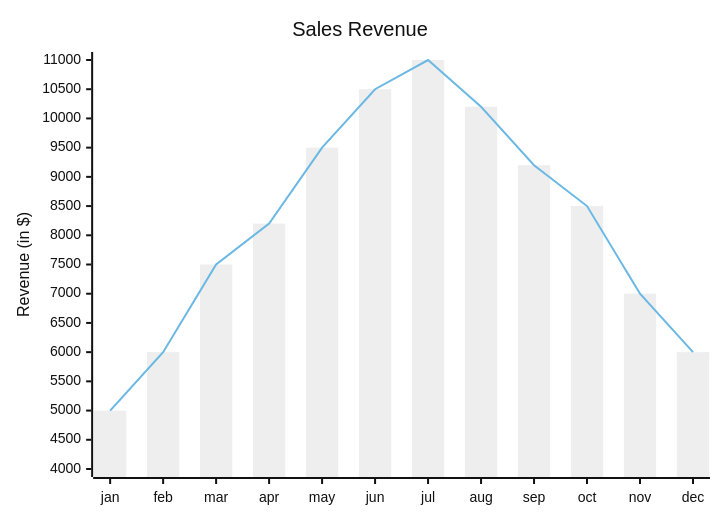
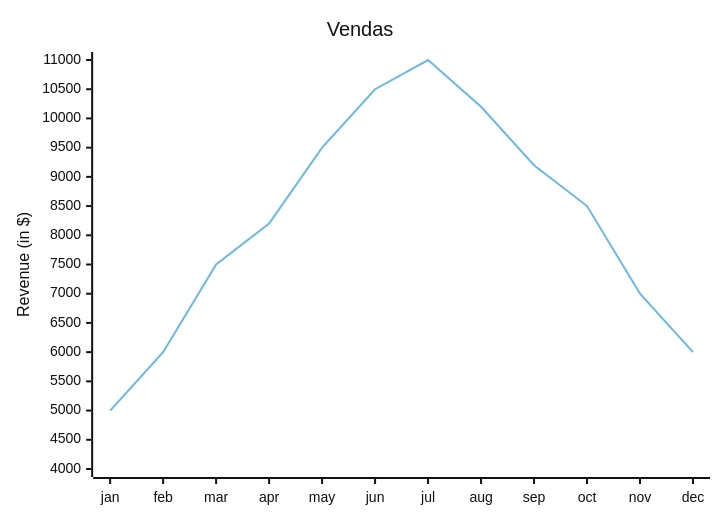
One commit to Jp12334-br/engsoft changed the diagram in README.md. Above: the diagram before and after it, drawn with Mermaid (neutral theme).

Commit message:
Update chart title and sales data in README

````diff
--- a/README.md
+++ b/README.md
@@ -7,9 +7,9 @@
 ```mermaid
   xychart
-    title "Sales Revenue"
+    title "Vendas"
     x-axis [jan, feb, mar, apr, may, jun, jul, aug, sep, oct, nov, dec]
     y-axis "Revenue (in $)" 4000 --> 11000
-    bar [5000, 6000, 7500, 8200, 9500, 10500, 11000, 10200, 9200, 8500, 7000, 6000]
+    bar [200, 300, 450, 200, 350, 342, 478, 580, 343, 232, 564, 233]
     line [5000, 6000, 7500, 8200, 9500, 10500, 11000, 10200, 9200, 8500, 7000, 6000]
 
 ```
````
